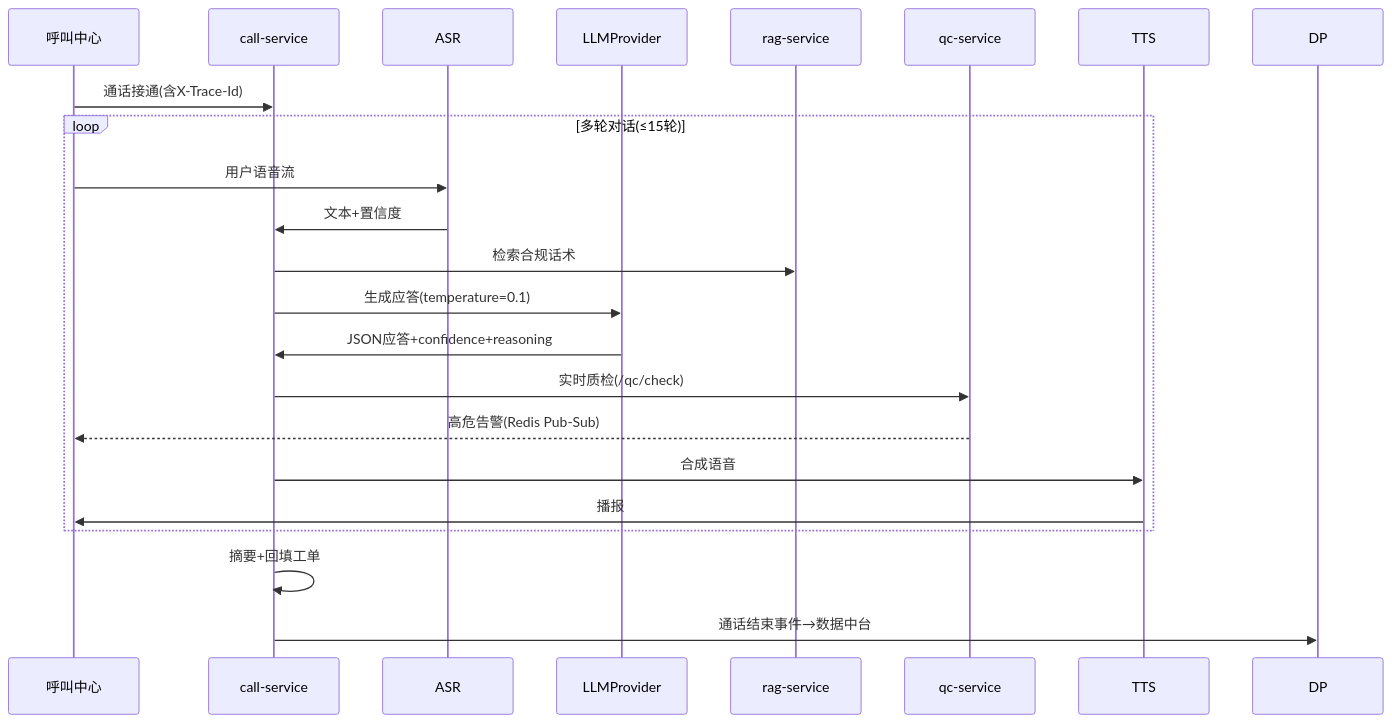
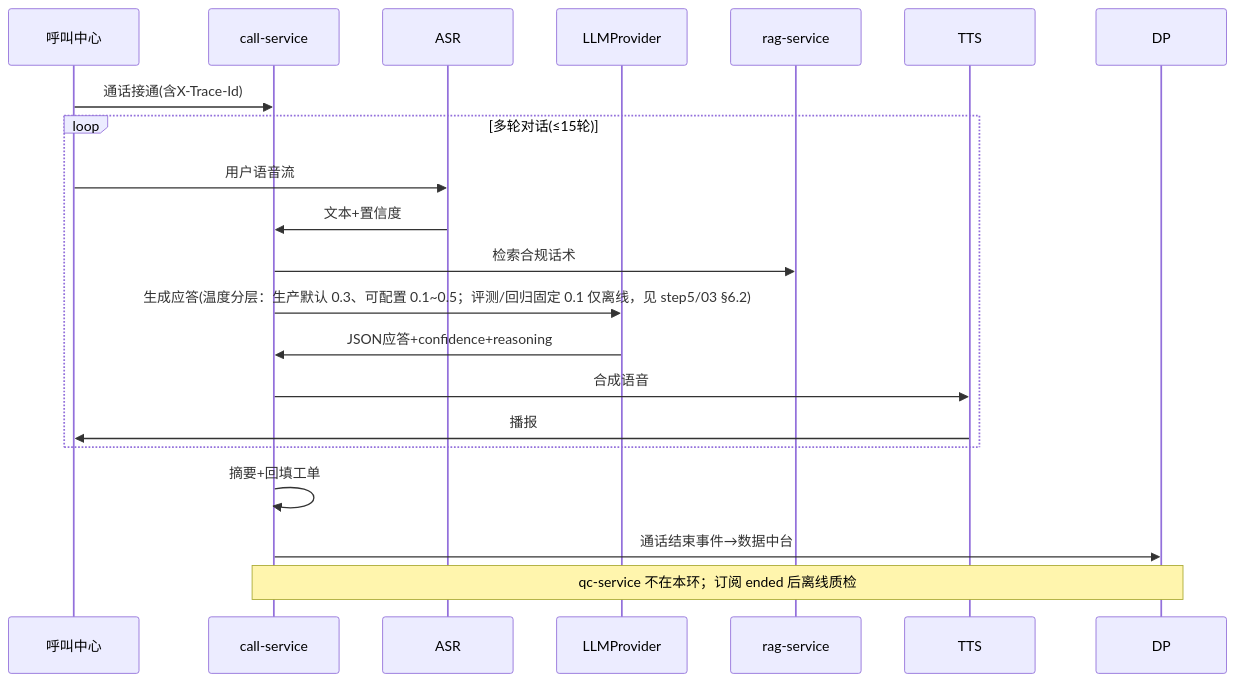
Before and after one commit to GavinYoung66/ai_collection: the first of 3 diagrams in requirements_document/step3_架构设计/02_模块调用关系与流式 RTC 管道设计.md, drawn with Mermaid. The commit also changed other lines of this file and 25 other files, not shown here.

Commit message:
docs: 规范层口径一致性收口 对齐 7 系统命名/端口、BGE-M3、LLM 温度分层、RAG 一期仅稠密检索、错误码全集；质检改为离线全量并补覆盖矩阵与 M1 清单(合规质检系统)。

````diff
--- a/requirements_document/step3_架构设计/02_模块调用关系与流式 RTC 管道设计.md
+++ b/requirements_document/step3_架构设计/02_模块调用关系与流式 RTC 管道设计.md
@@ -60,24 +66,22 @@
 ```mermaid
 sequenceDiagram
     participant C as 呼叫中心
     participant CALL as call-service
     participant ASR as ASR
     participant LLM as LLMProvider
     participant RAG as rag-service
-    participant QC as qc-service
     participant TTS as TTS
     C->>CALL: 通话接通(含X-Trace-Id)
     loop 多轮对话(≤15轮)
         C->>ASR: 用户语音流
         ASR->>CALL: 文本+置信度
         CALL->>RAG: 检索合规话术
-        CALL->>LLM: 生成应答(temperature=0.1)
+        CALL->>LLM: 生成应答(温度分层：生产默认 0.3、可配置 0.1~0.5；评测/回归固定 0.1 仅离线，见 step5/03 §6.2)
         LLM->>CALL: JSON应答+confidence+reasoning
-        CALL->>QC: 实时质检(/qc/check)
-        QC-->>C: 高危告警(Redis Pub-Sub)
         CALL->>TTS: 合成语音
         TTS->>C: 播报
     end
     CALL->>CALL: 摘要+回填工单
     CALL->>DP: 通话结束事件→数据中台
+    Note over CALL,DP: qc-service 不在本环；订阅 ended 后离线质检
 ```
````
